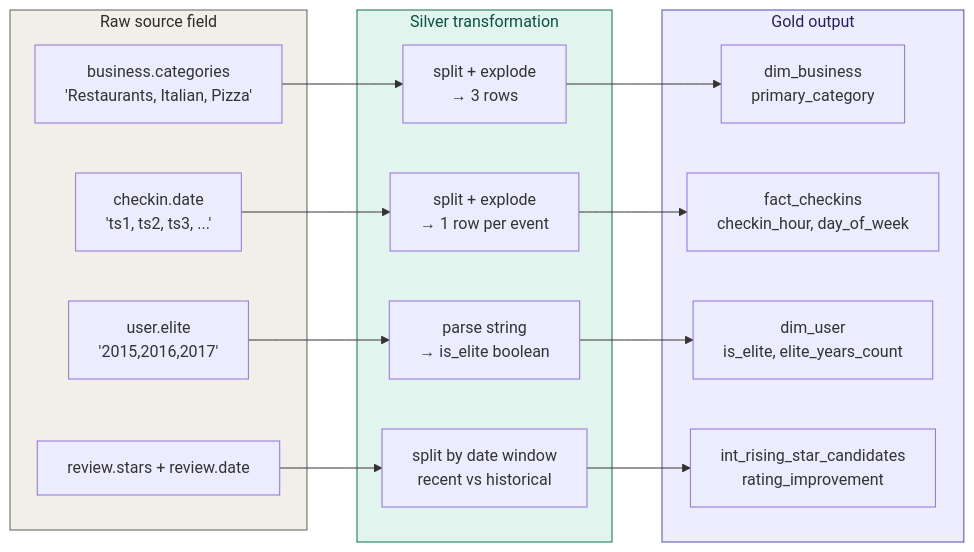
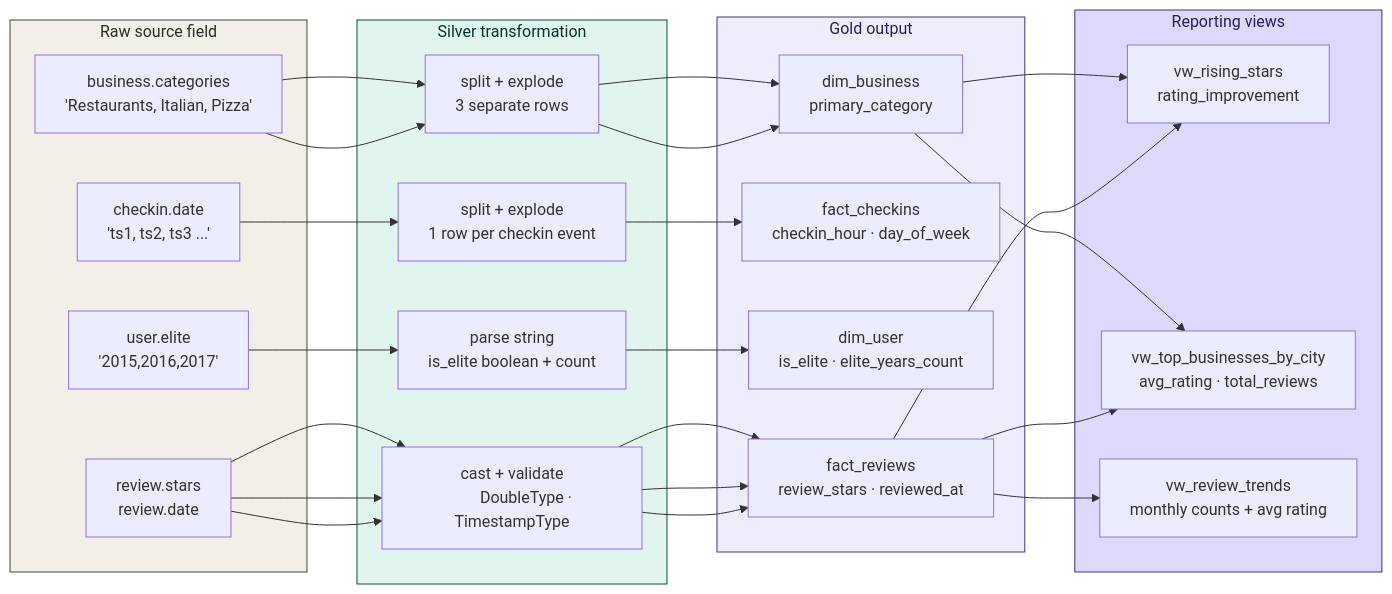
The second of 3 diagrams in finalto/docs/diagrams/data_lineage_diagram.md (Aamirali7596/Finalto_Yelp_project), drawn with Mermaid before and after one commit. The commit also changed other lines of this file and 6 other files, not shown here.

First line of the commit message:
Refactor Yelp Data Engineering Platform Documentation and Architecture

````diff
--- a/finalto/docs/diagrams/data_lineage_diagram.md
+++ b/finalto/docs/diagrams/data_lineage_diagram.md
@@ -60,32 +70,57 @@
 ```mermaid
 flowchart LR
-    subgraph RAW [Raw source field]
-        r1["business.categories\n'Restaurants, Italian, Pizza'"]
-        r2["checkin.date\n'ts1, ts2, ts3, ...'"]
-        r3["user.elite\n'2015,2016,2017'"]
-        r4["review.stars + review.date"]
+    subgraph RAW ["Raw source field"]
+        r1["business.categories
+        'Restaurants, Italian, Pizza'"]
+        r2["checkin.date
+        'ts1, ts2, ts3 ...'"]
+        r3["user.elite
+        '2015,2016,2017'"]
+        r4["review.stars
+        review.date"]
     end
 
-    subgraph TRF [Silver transformation]
-        t1["split + explode\n→ 3 rows"]
-        t2["split + explode\n→ 1 row per event"]
-        t3["parse string\n→ is_elite boolean"]
-        t4["split by date window\nrecent vs historical"]
+    subgraph TRF ["Silver transformation"]
+        t1["split + explode
+        3 separate rows"]
+        t2["split + explode
+        1 row per checkin event"]
+        t3["parse string
+        is_elite boolean + count"]
+        t4["cast + validate
+        DoubleType · TimestampType"]
     end
 
-    subgraph GLD [Gold output]
-        g1["dim_business\nprimary_category"]
-        g2["fact_checkins\ncheckin_hour, day_of_week"]
-        g3["dim_user\nis_elite, elite_years_count"]
-        g4["int_rising_star_candidates\nrating_improvement"]
+    subgraph GLD ["Gold output"]
+        g1["dim_business
+        primary_category"]
+        g2["fact_checkins
+        checkin_hour · day_of_week"]
+        g3["dim_user
+        is_elite · elite_years_count"]
+        g4["fact_reviews
+        review_stars · reviewed_at"]
     end
 
-    r1 --> t1 --> g1
+    subgraph RPT ["Reporting views"]
+        rp1["vw_rising_stars
+        rating_improvement"]
+        rp2["vw_top_businesses_by_city
+        avg_rating · total_reviews"]
+        rp3["vw_review_trends
+        monthly counts + avg rating"]
+    end
+
+    r1 --> t1 --> g1 --> rp1
+    r1 --> t1 --> g1 --> rp2
     r2 --> t2 --> g2
     r3 --> t3 --> g3
-    r4 --> t4 --> g4
+    r4 --> t4 --> g4 --> rp1
+    r4 --> t4 --> g4 --> rp2
+    r4 --> t4 --> g4 --> rp3
 
-    style RAW fill:#F1EFE8,stroke:#5F5E5A,color:#2C2C2A
-    style TRF fill:#E1F5EE,stroke:#0F6E56,color:#085041
-    style GLD fill:#EEEDFE,stroke:#534AB7,color:#26215C
+    style RAW fill:#F1EFE8,stroke:#444441,color:#2C2C2A
+    style TRF fill:#E1F5EE,stroke:#085041,color:#04342C
+    style GLD fill:#EEEDFE,stroke:#3C3489,color:#26215C
+    style RPT fill:#DDD9FC,stroke:#3C3489,color:#26215C
 ```
````
